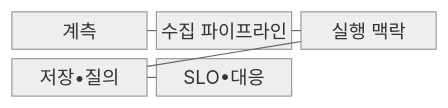
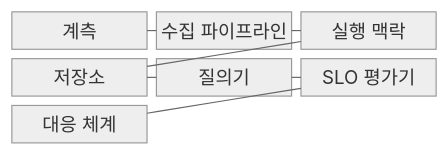
The first of 2 diagrams in src/content/docs/notes/08-latest-tech/169_cloud_native_observability.md (agnusdei1207/knowledge-base), drawn with Mermaid (neutral theme) before and after one commit. The commit also changed other lines of this file and 20 other files, not shown here.

````diff
--- a/src/content/docs/notes/08-latest-tech/169_cloud_native_observability.md
+++ b/src/content/docs/notes/08-latest-tech/169_cloud_native_observability.md
@@ -67,13 +73,17 @@
 ```mermaid
 block-beta
   columns 3
   A["계측"]
   B["수집 파이프라인"]
   C["실행 맥락"]
-  D["저장•질의"]
-  E["SLO•대응"]
+  D["저장소"]
+  Q["질의기"]
+  E["SLO 평가기"]
+  R["대응 체계"]
   A --- B
   B --- C
   C --- D
-  D --- E
+  D --- Q
+  Q --- E
+  E --- R
 ```
````
